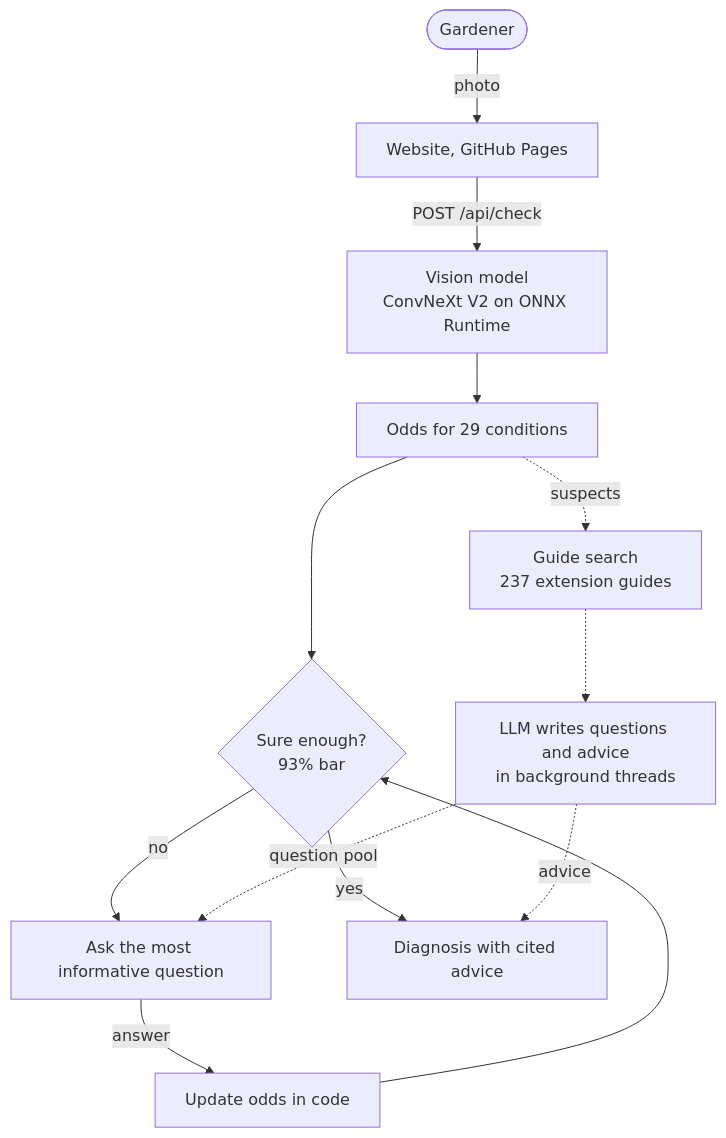
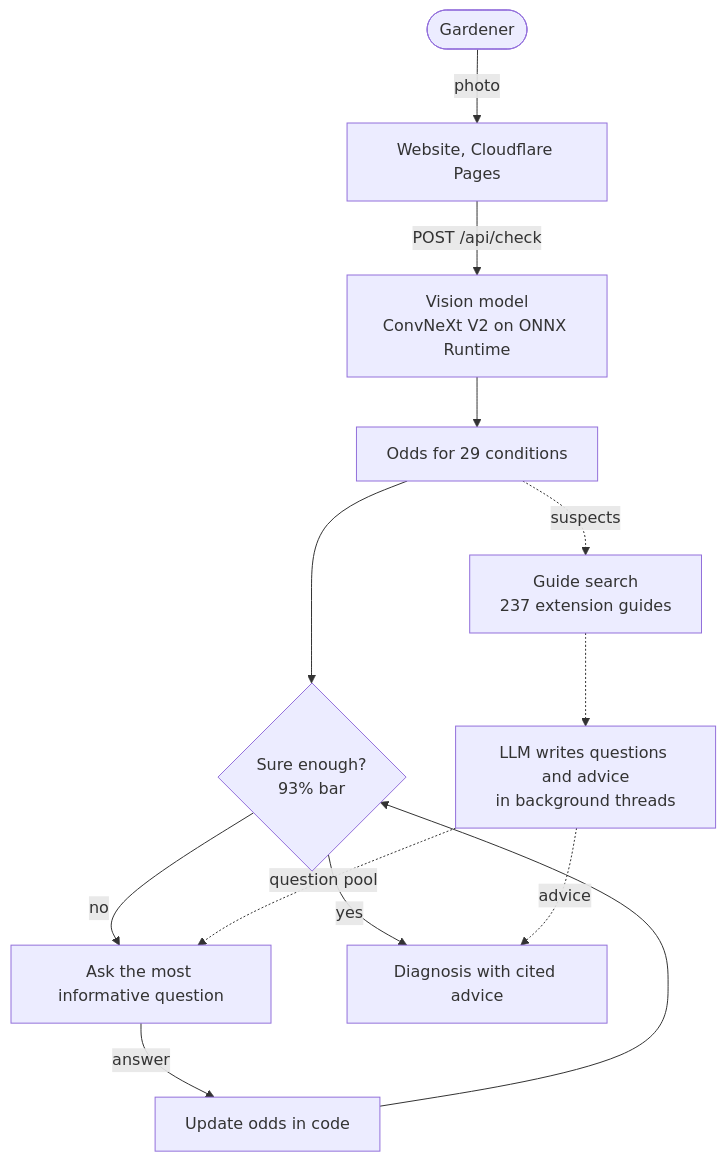
Before and after one commit to aakashksen/sprout: the diagram in README.md, drawn with Mermaid. The commit also changed other lines of this file and 3 other files, not shown here.

Commit message:
Host the site on Cloudflare Pages: drop the GitHub Pages workflow and update the docs

````diff
--- a/README.md
+++ b/README.md
@@ -19,15 +19,15 @@
 ```mermaid
 flowchart TD
-    U(["Gardener"]) -->|photo| W["Website, GitHub Pages"]
+    U(["Gardener"]) -->|photo| W["Website, Cloudflare Pages"]
     W -->|"POST /api/check"| M["Vision model<br/>ConvNeXt V2 on ONNX Runtime"]
     M --> O["Odds for 29 conditions"]
     O --> Q{"Sure enough?<br/>93% bar"}
     Q -->|no| A["Ask the most informative question"]
     A -->|answer| E["Update odds in code"]
     E --> Q
     Q -->|yes| D["Diagnosis with cited advice"]
     O -. suspects .-> G["Guide search<br/>237 extension guides"]
     G -.-> L["LLM writes questions and advice<br/>in background threads"]
     L -. question pool .-> A
     L -. advice .-> D
 ```
````
